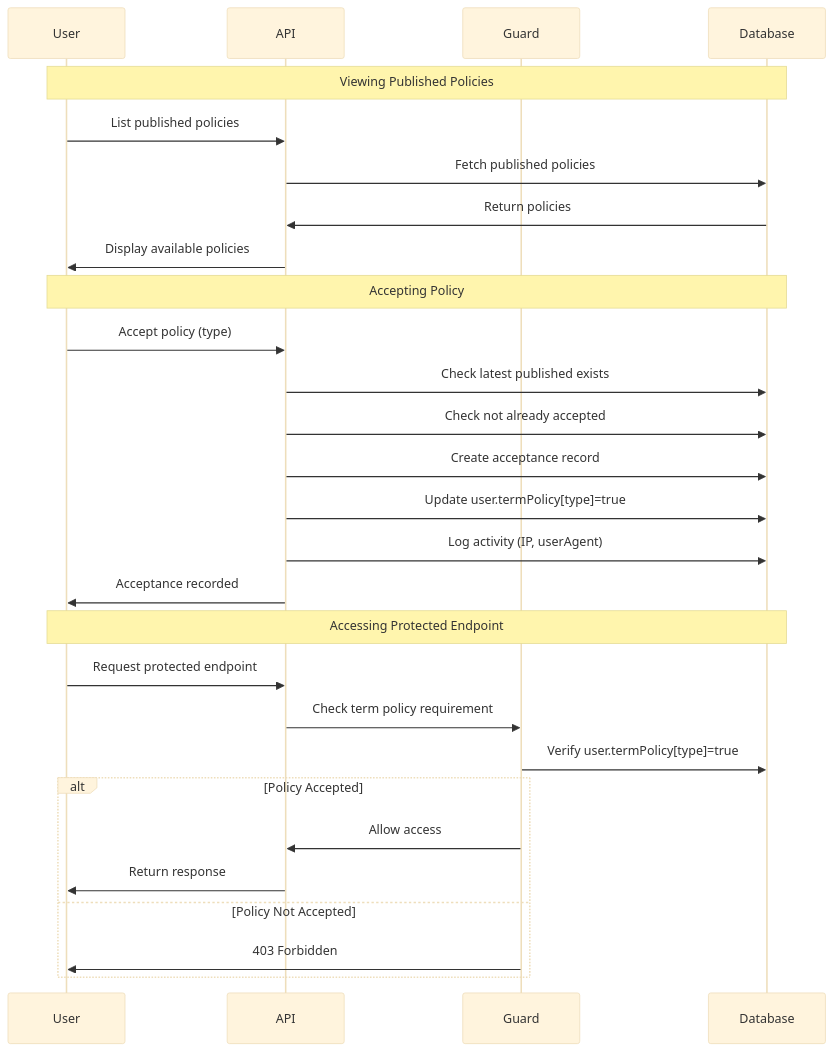
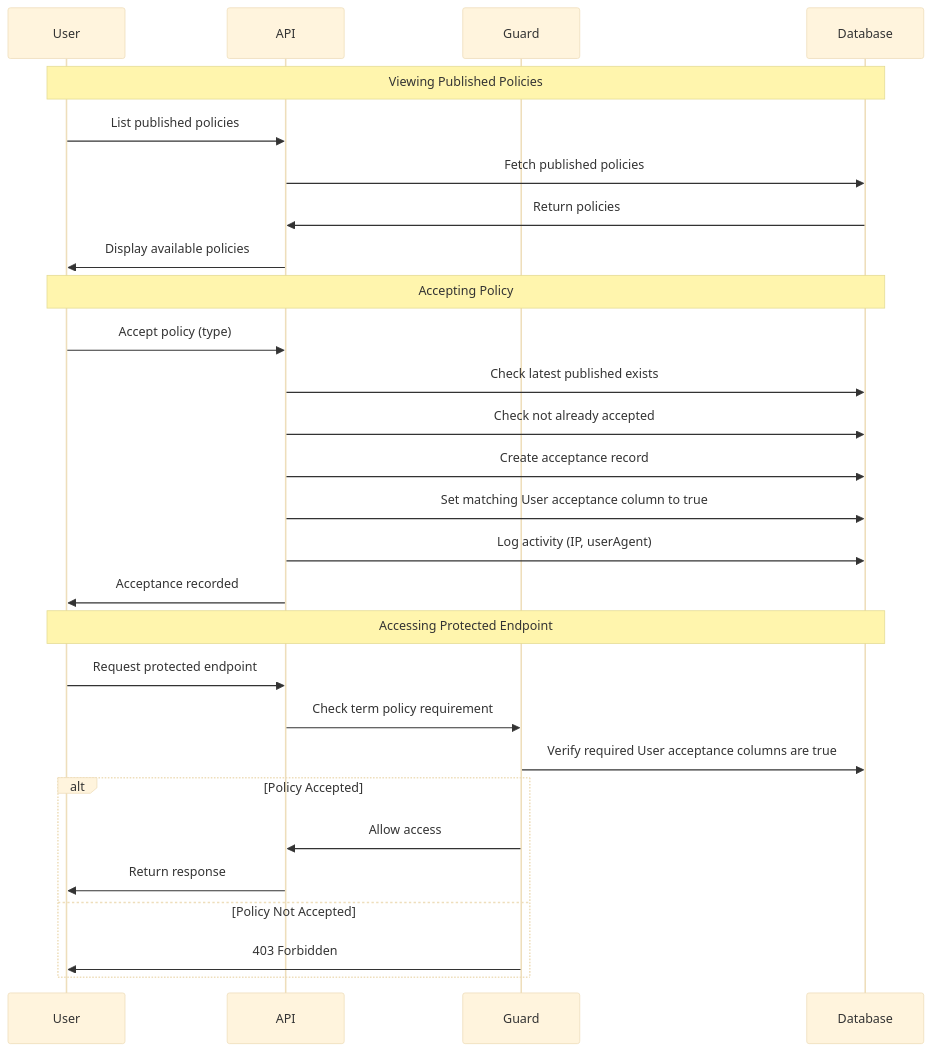
Before and after one commit to Gzerox/ack-nestjs-boilerplate: the second of 3 diagrams in docs/term-policy.md, drawn with Mermaid (base theme). The commit also changed other lines of this file and 8 other files, not shown here.

````diff
--- a/docs/term-policy.md
+++ b/docs/term-policy.md
@@ -128,36 +128,36 @@
 ```mermaid
 sequenceDiagram
     participant User
     participant API
     participant Guard
     participant Database
 
     Note over User,Database: Viewing Published Policies
     
     User->>API: List published policies
     API->>Database: Fetch published policies
     Database->>API: Return policies
     API->>User: Display available policies
     
     Note over User,Database: Accepting Policy
     
     User->>API: Accept policy (type)
     API->>Database: Check latest published exists
     API->>Database: Check not already accepted
     API->>Database: Create acceptance record
-    API->>Database: Update user.termPolicy[type]=true
+    API->>Database: Set matching User acceptance column to true
     API->>Database: Log activity (IP, userAgent)
     API->>User: Acceptance recorded
     
     Note over User,Database: Accessing Protected Endpoint
     
     User->>API: Request protected endpoint
     API->>Guard: Check term policy requirement
-    Guard->>Database: Verify user.termPolicy[type]=true
+    Guard->>Database: Verify required User acceptance columns are true
     alt Policy Accepted
         Guard->>API: Allow access
         API->>User: Return response
     else Policy Not Accepted
         Guard->>User: 403 Forbidden
     end
 ```
````
